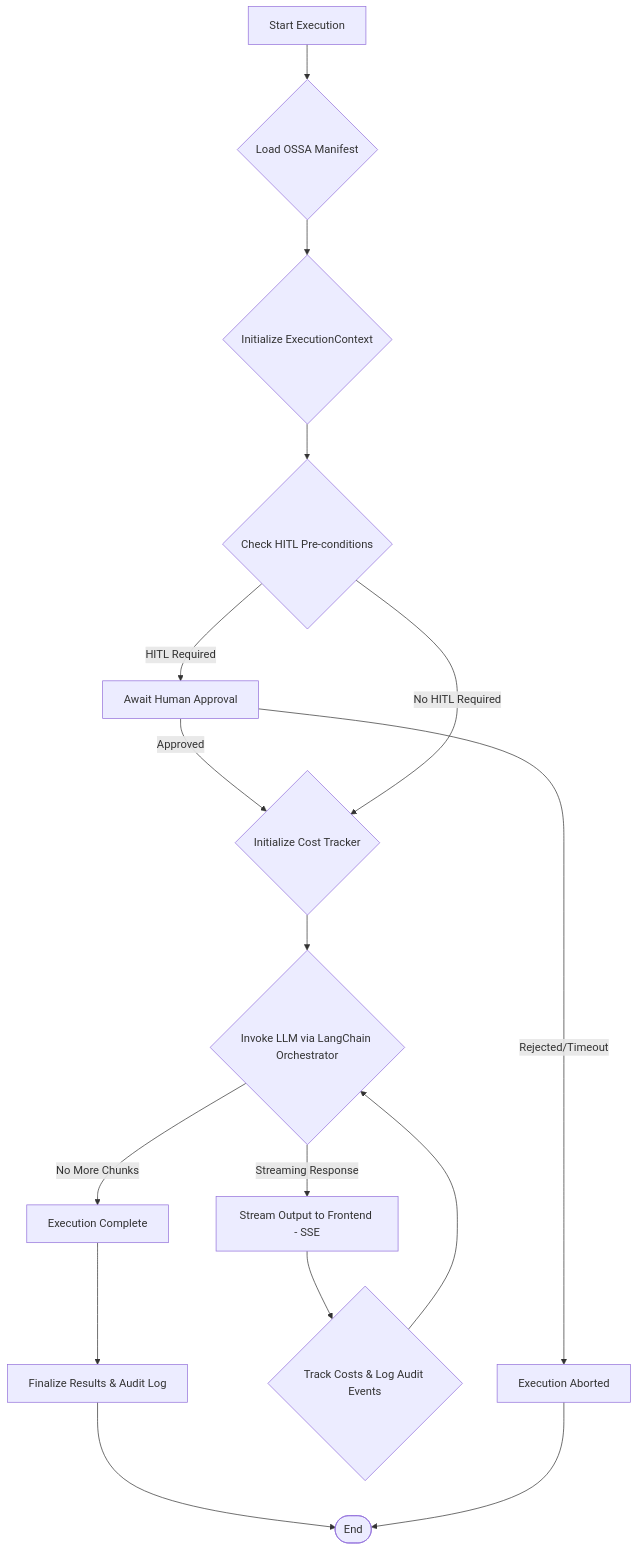
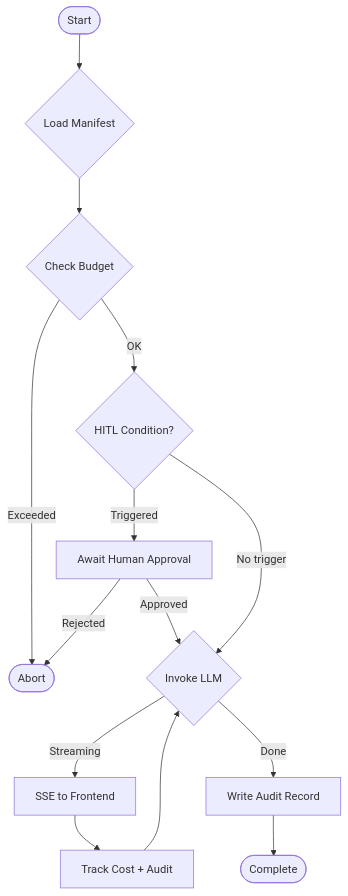
Before and after one commit to ramamurthy-540835/ossa: the third of 4 diagrams in README.md, drawn with Mermaid. The commit also changed other lines of this file and 2 other files, not shown here.

````diff
--- a/README.md
+++ b/README.md
@@ -144,20 +57,16 @@
 ```mermaid
 graph TD
-    A[Start Execution] --> B{Load OSSA Manifest}
-    B --> C{Initialize ExecutionContext}
-    C --> D{Check HITL Pre-conditions}
-    D -- HITL Required --> E[Await Human Approval]
-    E -- Approved --> F{Initialize Cost Tracker}
-    E -- Rejected/Timeout --> K[Execution Aborted]
-
-    D -- No HITL Required --> F
-    F --> G{Invoke LLM via LangChain Orchestrator}
-    G -- Streaming Response --> H["Stream Output to Frontend - SSE"]
-    H --> I{Track Costs & Log Audit Events}
-    I --> G
-    G -- No More Chunks --> J[Execution Complete]
-    J --> L[Finalize Results & Audit Log]
-    L --> Z([End])
-
-    K --> Z
+    A([Start]) --> B{Load Manifest}
+    B --> C{Check Budget}
+    C -- Exceeded --> K([Abort])
+    C -- OK --> D{HITL Condition?}
+    D -- Triggered --> E[Await Human Approval]
+    E -- Approved --> F{Invoke LLM}
+    E -- Rejected --> K
+    D -- No trigger --> F
+    F -- Streaming --> G[SSE to Frontend]
+    G --> H[Track Cost + Audit]
+    H --> F
+    F -- Done --> I[Write Audit Record]
+    I --> Z([Complete])
 ```
````
